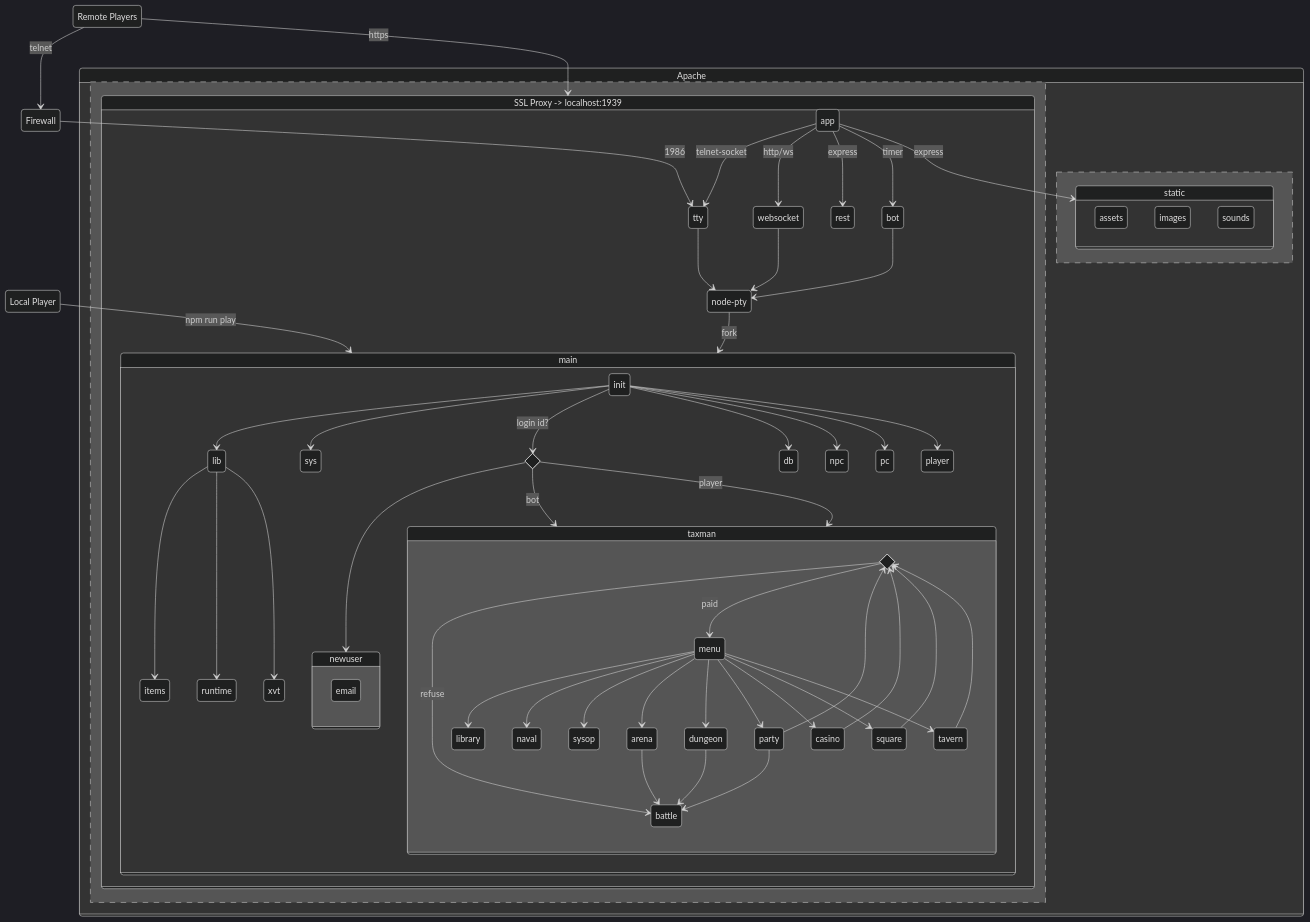
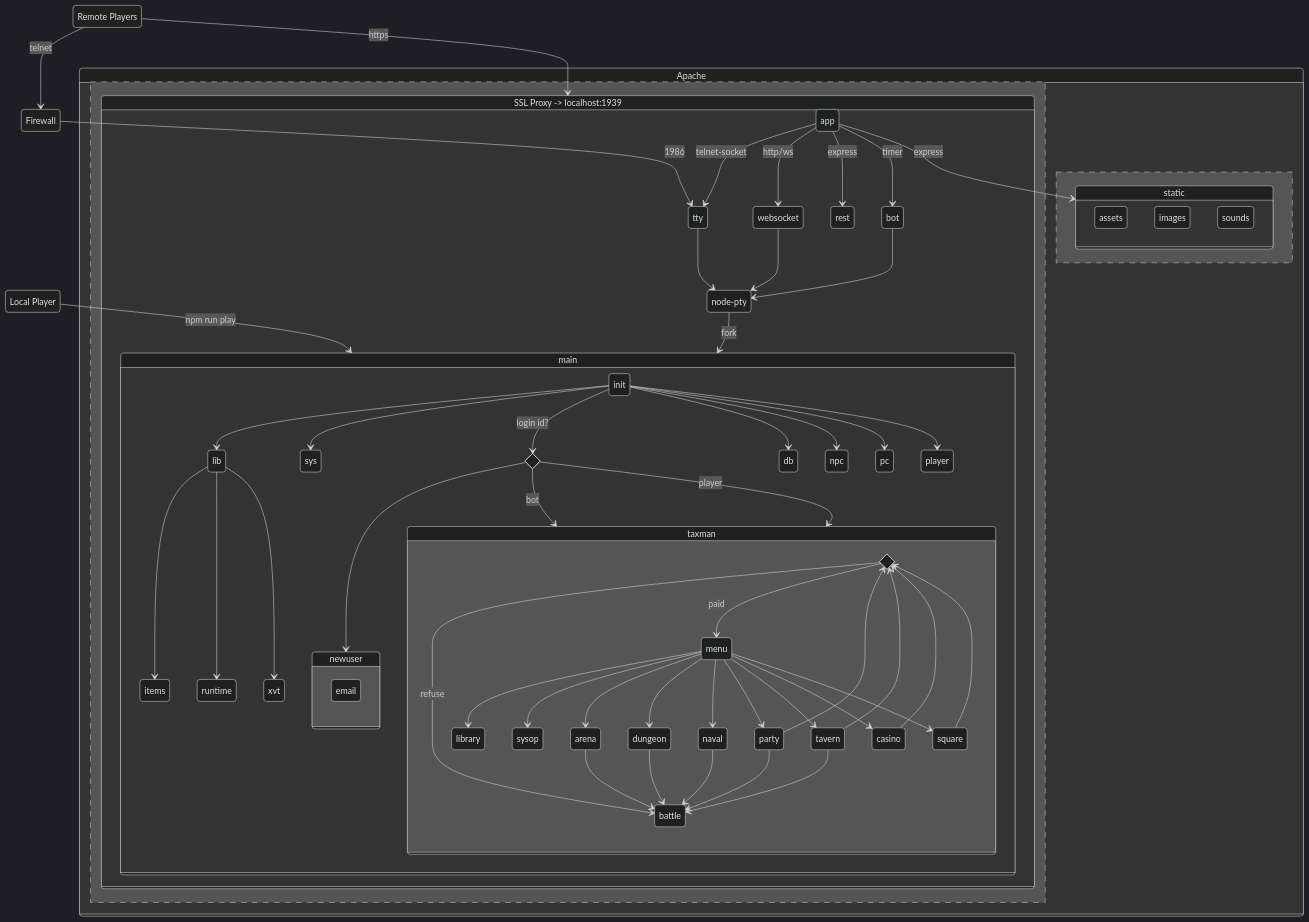
The diagram in README.md (theflyingape/dankdomain), drawn with Mermaid before and after one commit.

Commit message:
mermaid corrections

````diff
--- a/README.md
+++ b/README.md
@@ -29,72 +29,74 @@
 ```mermaid
 %%{init: {'theme':'dark'}}%%
 stateDiagram-v2
   direction TB
   Local : Local Player
   Local --> main : npm run play
   Remote : Remote Players
   Remote --> Firewall : telnet
   Remote --> proxy : https
   Firewall --> tty : 1986
   state Apache {
     state "SSL Proxy -> localhost:1939" as proxy {
       app --> tty : telnet-socket
       app --> websocket : http/ws
       app --> bot : timer
       app --> rest : express
       app --> static : express
       fork: node-pty
       tty --> fork
       websocket --> fork
       bot --> fork
       fork --> main : fork
     }
     --
     state static {
       assets
       images
       sounds
     }
   }
 
   state main {
     state login <<choice>>
     init --> sys
     init --> lib
     init --> db
     init --> npc
     init --> pc
     init --> player
     init --> login: login id?
     lib --> items
     lib --> runtime
     lib --> xvt
     login --> newuser
     login --> taxman: bot
     login --> taxman: player
     state newuser {
       email
     }
     state taxman {
       state taxes <<choice>>
       taxes --> battle : refuse
       taxes --> menu : paid
       menu --> library
-      menu --> naval
       menu --> sysop
       menu --> arena
       menu --> dungeon
+      menu --> naval
       menu --> party
+      menu --> tavern
       menu --> casino
       menu --> square
-      menu --> tavern
       arena --> battle
       dungeon --> battle
+      naval --> battle
       party --> battle
+      tavern --> battle
       casino --> taxes
       party --> taxes
       square --> taxes
       tavern --> taxes
     }
   }
 ```
````
